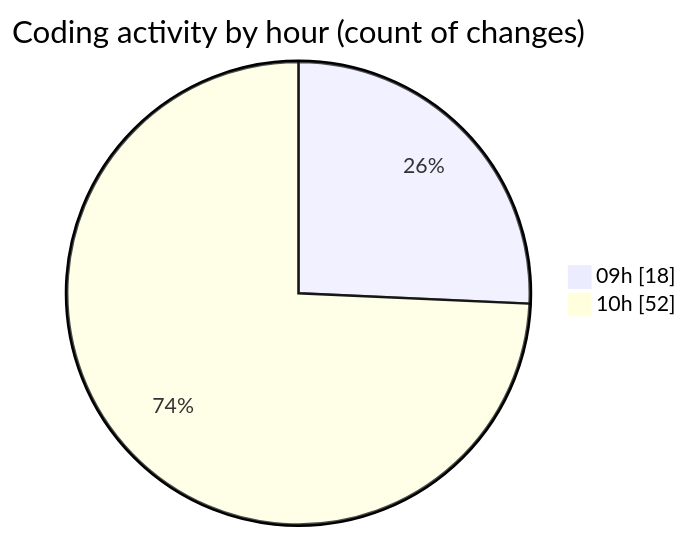
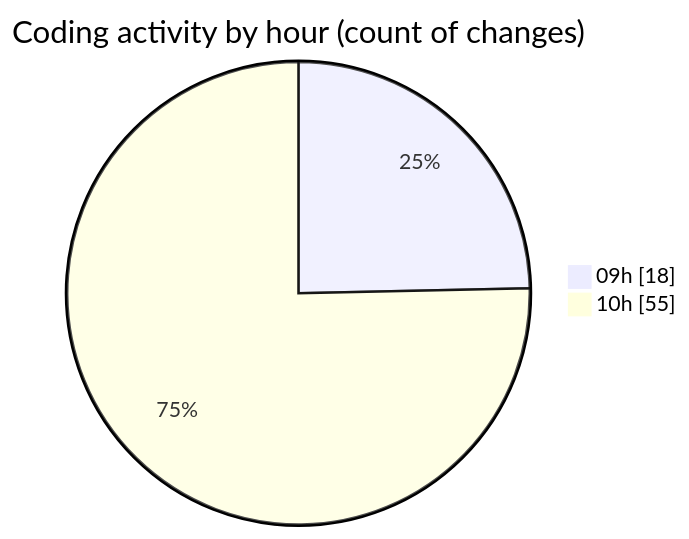
The second of 2 diagrams in 2025-07-01/cda/README.md (momahboobian/code-tracking), drawn with Mermaid before and after one commit. The commit also changed other lines of this file and 1 other file, not shown here.

````diff
--- a/2025-07-01/cda/README.md
+++ b/2025-07-01/cda/README.md
@@ -37,6 +37,6 @@
 ```mermaid
 pie showData
 title Coding activity by hour (count of changes)
 "09h" : 18
-"10h" : 52
+"10h" : 55
 ```
````
